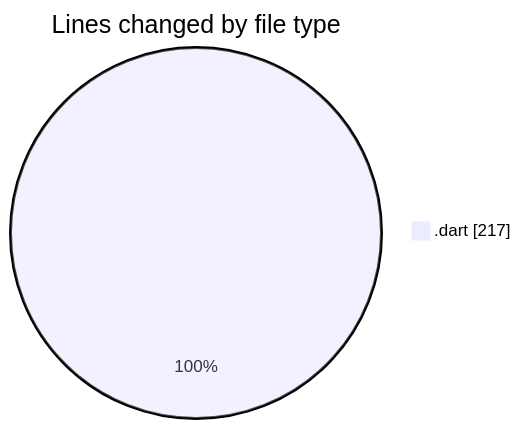
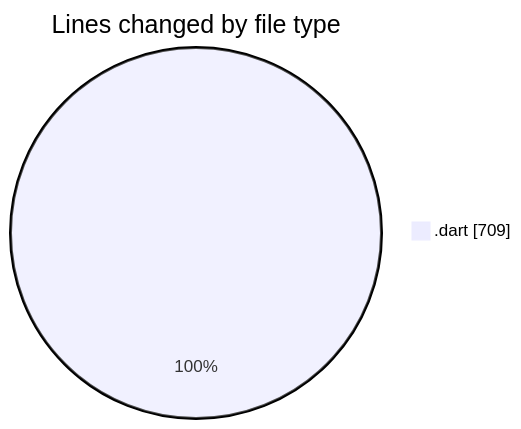
Before and after one commit to lephambinh05/code-tracking: the first of 2 diagrams in 2025-08-05/studybuddy/README.md, drawn with Mermaid. The commit also changed other lines of this file and 1 other file, not shown here.

````diff
--- a/2025-08-05/studybuddy/README.md
+++ b/2025-08-05/studybuddy/README.md
@@ -24,5 +25,5 @@
 ```mermaid
 pie showData
 title Lines changed by file type
-".dart" : 217
+".dart" : 709
 ```
````
